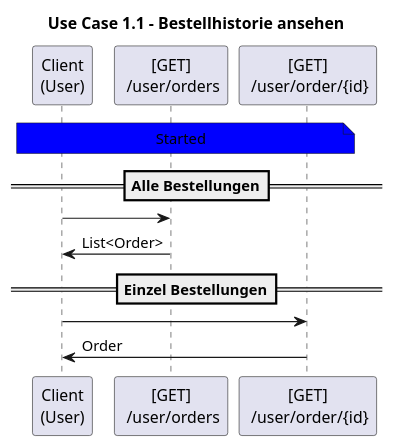
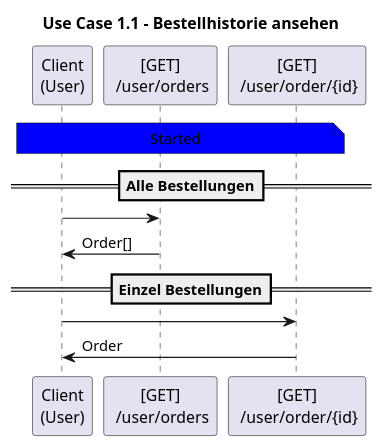
One commit to Mankianer/TresenSystem changed the third of 7 diagrams in docs/api-sequence-diagram/UseCase/Use-Case_1.puml. Above: the diagram before and after it, drawn with PlantUML. The commit also changed other lines of this file and 1 other file, not shown here.

```diff
--- a/docs/api-sequence-diagram/UseCase/Use-Case_1.puml
+++ b/docs/api-sequence-diagram/UseCase/Use-Case_1.puml
@@ -20,10 +20,10 @@
 @startuml
 title Use Case 1.1 - Bestellhistorie ansehen
 note across #blue: Started
 ==Alle Bestellungen==
 "Client\n(User)" -> "[GET]\n /user/orders":
-"Client\n(User)" <- "[GET]\n /user/orders": List<Order>
+"Client\n(User)" <- "[GET]\n /user/orders": Order[]
 ==Einzel Bestellungen==
 "Client\n(User)" -> "[GET]\n /user/order/{id}":
 "Client\n(User)" <- "[GET]\n /user/order/{id}": Order
 @enduml
```
